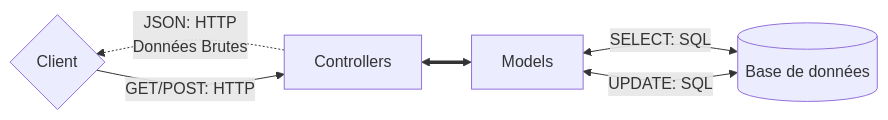
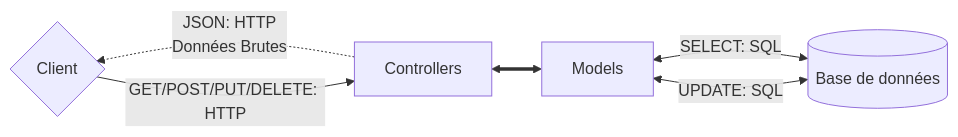
One commit to FloRobart/Econoris_server changed the first of 2 diagrams in README.md. Above: the diagram before and after it, drawn with Mermaid. The commit also changed other lines of this file, not shown here.

````diff
--- a/README.md
+++ b/README.md
@@ -53,9 +53,9 @@
 ```mermaid
 flowchart RL
 
 A[(Base de données)] <--> |SELECT: SQL| B[Models]
 A <--> |UPDATE: SQL| B
 B <==> C[Controllers]
 C -.-> |JSON: HTTP<br>Données Brutes| F{Client}
-F --> |GET/POST: HTTP| C
+F --> |GET/POST/PUT/DELETE: HTTP| C
 ```
````
